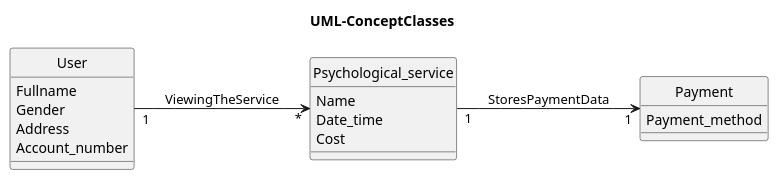
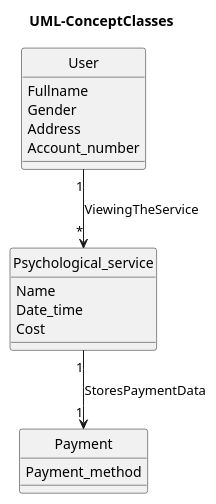
Before and after one commit to oleksandrblazhko/ai-212-omelchuk: the diagram in 2-SoftwareDesign/2.7-PlantUML/UML-ConceptClasses.puml, drawn with PlantUML.

```diff
--- a/2-SoftwareDesign/2.7-PlantUML/UML-ConceptClasses.puml
+++ b/2-SoftwareDesign/2.7-PlantUML/UML-ConceptClasses.puml
@@ -1,28 +1,25 @@
 @startuml
 hide circle
 title UML-ConceptClasses
-left to right direction
+top to bottom direction
 
-Class User{
+class User{
     Fullname
     Gender
     Address
     Account_number
 }
 
-Class Psychological_service{
+class Psychological_service{
     Name
     Date_time
     Cost
 }
 
-Class Payment{
+class Payment{
     Payment_method
 }
 
-
-User"1" --> "*"Psychological_service: ViewingTheService
-
-Psychological_service"1" --> "1"Payment: StoresPaymentData
-
+User "1" --> "*" Psychological_service : ViewingTheService
+Psychological_service "1" --> "1" Payment : StoresPaymentData
 @enduml
```
